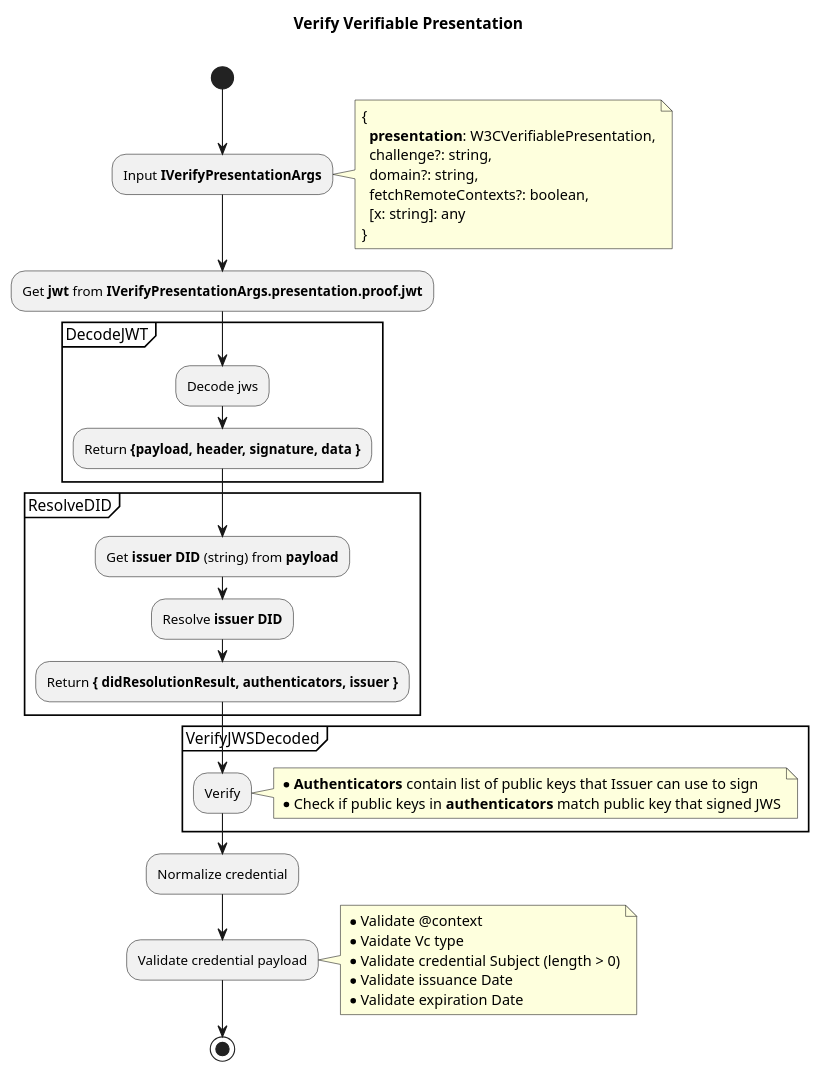
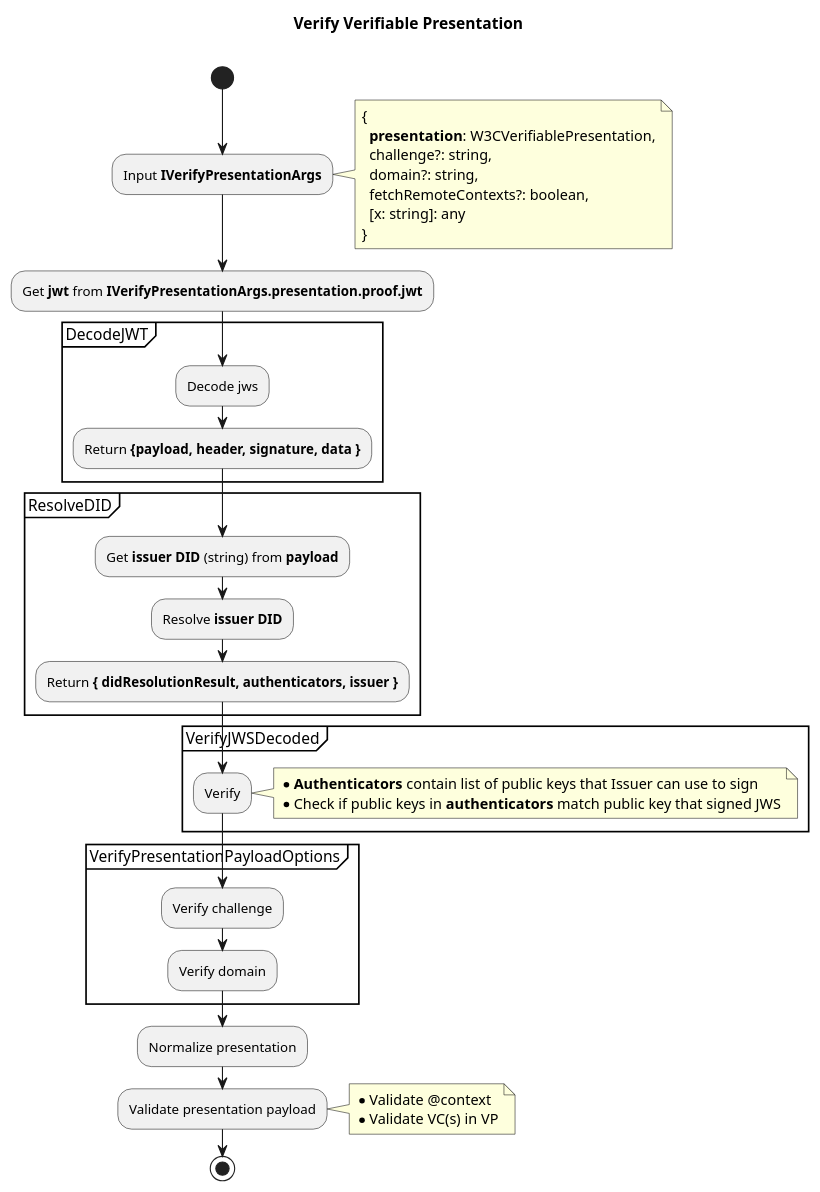
The diagram in diagrams/activity/verifyPresentation.puml (tientaidev/ssi-demo), drawn with PlantUML before and after one commit. The commit also changed 2 other files, not shown here.

Commit message:
Update diagrams

```diff
--- a/diagrams/activity/verifyPresentation.puml
+++ b/diagrams/activity/verifyPresentation.puml
@@ -1,44 +1,45 @@
 @startuml verifyPresentation
 
 title  Verify Verifiable Presentation\n
 
 start
   :Input **IVerifyPresentationArgs**;
   note right
   {
     **presentation**: W3CVerifiablePresentation,
     challenge?: string,
     domain?: string,
     fetchRemoteContexts?: boolean,
     [x: string]: any
   }
   end note
   :Get **jwt** from **IVerifyPresentationArgs.presentation.proof.jwt**;
   partition DecodeJWT {
     :Decode jws;
     :Return **{payload, header, signature, data }**;
   }
   partition ResolveDID {
     :Get **issuer DID** (string) from **payload**;
     :Resolve **issuer DID**;
     :Return **{ didResolutionResult, authenticators, issuer }**;
   }
   partition VerifyJWSDecoded {
     :Verify;
     note right
       * **Authenticators** contain list of public keys that Issuer can use to sign
       * Check if public keys in **authenticators** match public key that signed JWS
     end note
   }
-  :Normalize credential;
-  :Validate credential payload;
+  partition VerifyPresentationPayloadOptions {
+    :Verify challenge;
+    :Verify domain;
+  }
+  :Normalize presentation;
+  :Validate presentation payload;
   note right
     * Validate @context
-    * Vaidate Vc type
-    * Validate credential Subject (length > 0)
-    * Validate issuance Date
-    * Validate expiration Date
+    * Validate VC(s) in VP
   end note
 stop
 
 @enduml
```
